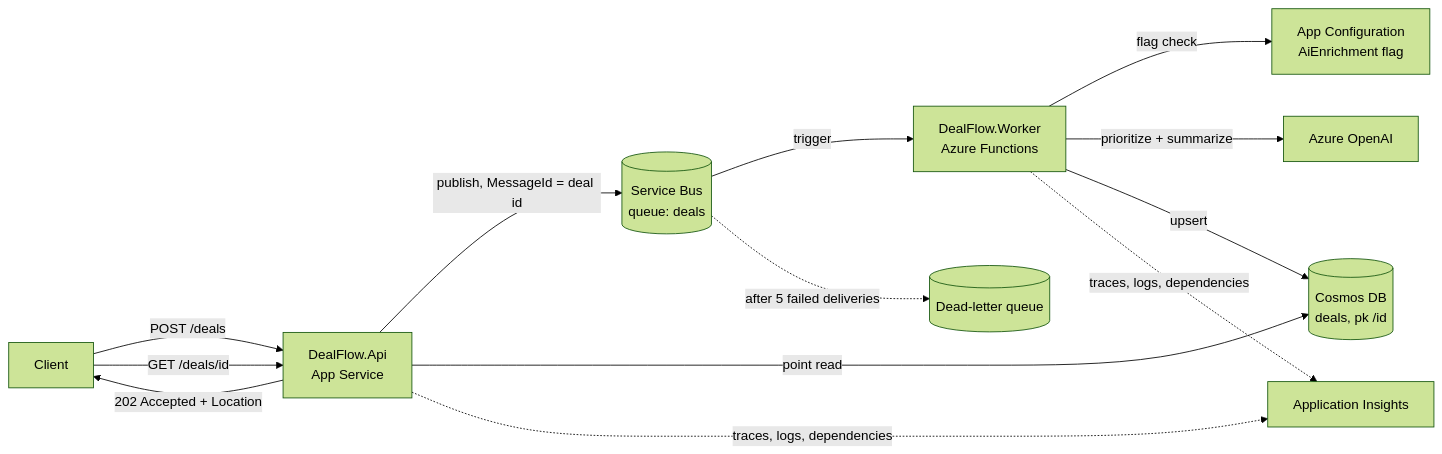
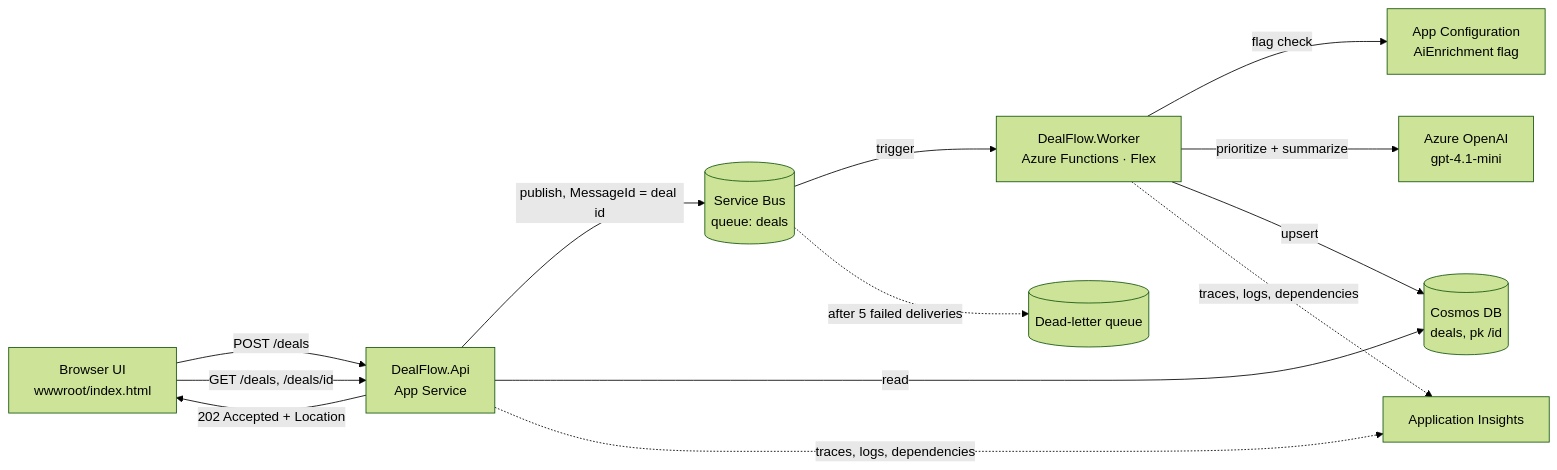
Before and after one commit to DiegoGarciaCarrasco/dealflow: the diagram in README.md, drawn with Mermaid (forest theme). The commit also changed other lines of this file and 23 other files, not shown here.

````diff
--- a/README.md
+++ b/README.md
@@ -9,14 +18,14 @@
 ```mermaid
 flowchart LR
-    C[Client] -->|POST /deals| API[DealFlow.Api<br/>App Service]
-    API -->|202 Accepted + Location| C
+    U[Browser UI<br/>wwwroot/index.html] -->|POST /deals| API[DealFlow.Api<br/>App Service]
+    API -->|202 Accepted + Location| U
     API -->|publish, MessageId = deal id| SB[(Service Bus<br/>queue: deals)]
-    SB -->|trigger| FN[DealFlow.Worker<br/>Azure Functions]
+    SB -->|trigger| FN[DealFlow.Worker<br/>Azure Functions · Flex]
     SB -.->|after 5 failed deliveries| DLQ[(Dead-letter queue)]
     FN -->|flag check| AC[App Configuration<br/>AiEnrichment flag]
-    FN -->|prioritize + summarize| AOAI[Azure OpenAI]
+    FN -->|prioritize + summarize| AOAI[Azure OpenAI<br/>gpt-4.1-mini]
     FN -->|upsert| DB[(Cosmos DB<br/>deals, pk /id)]
-    C -->|GET /deals/id| API
-    API -->|point read| DB
+    U -->|GET /deals, /deals/id| API
+    API -->|read| DB
     API & FN -.->|traces, logs, dependencies| AI[Application Insights]
 ```
````
